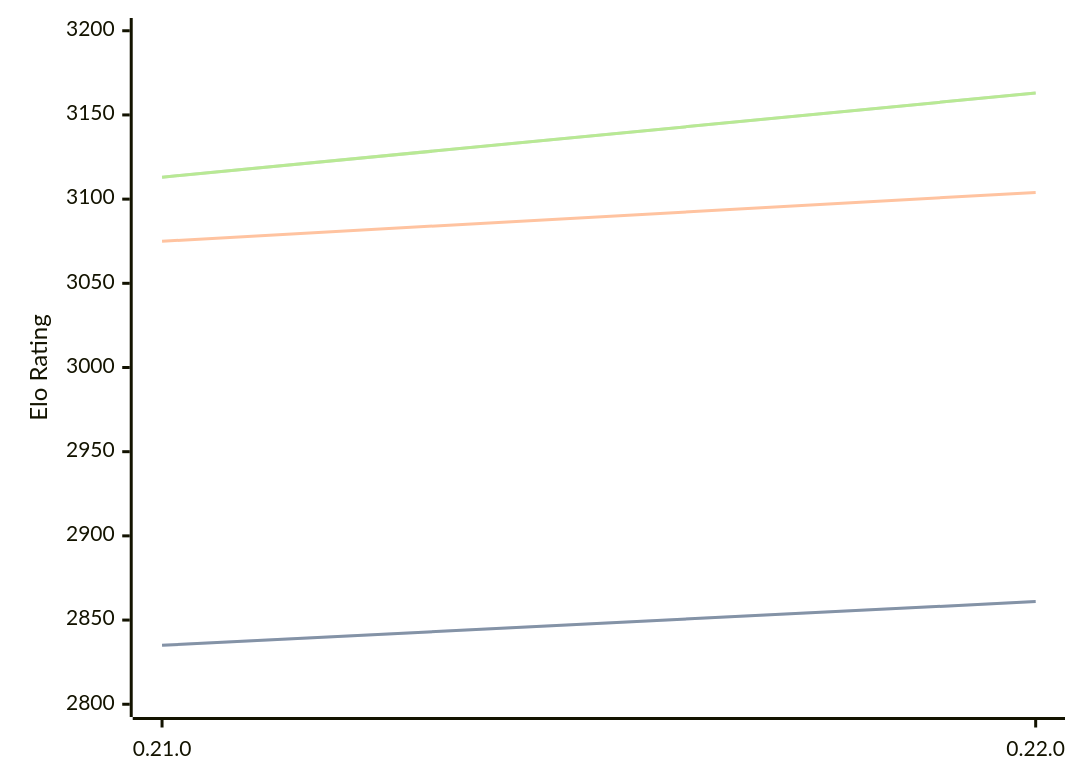
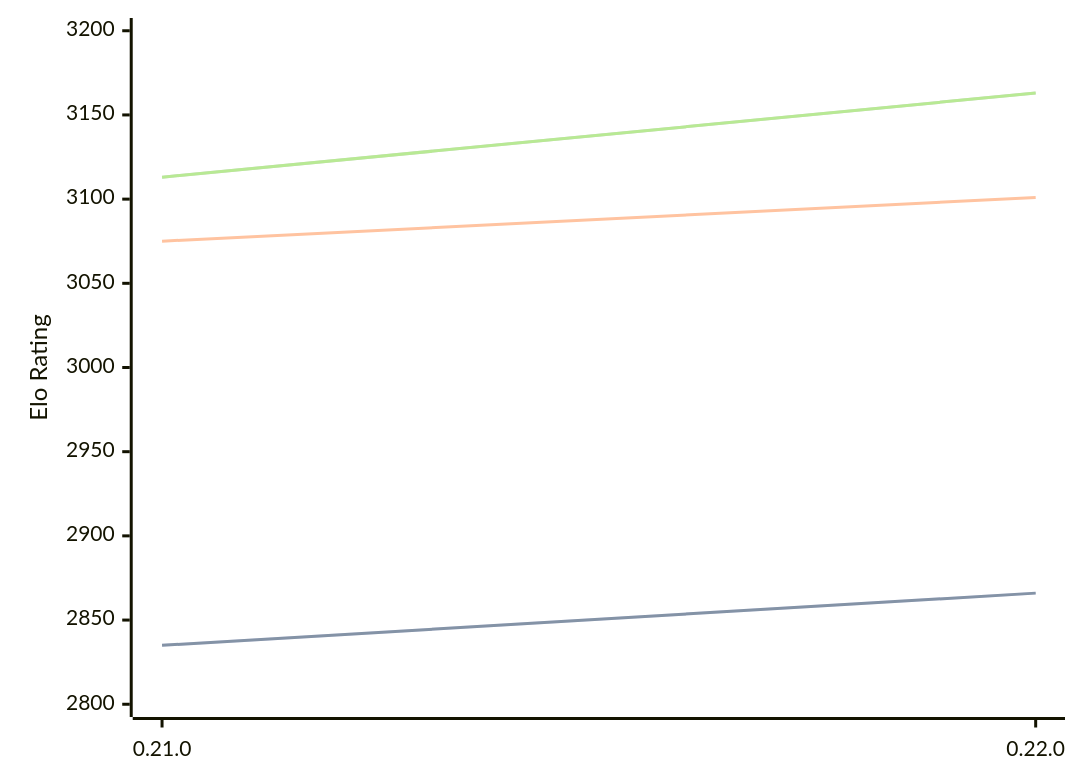
One commit to computer-chess-index/cci changed the diagram in engines/Princhess.md. Above: the diagram before and after it, drawn with Mermaid. The commit also changed other lines of this file, not shown here.

````diff
--- a/engines/Princhess.md
+++ b/engines/Princhess.md
@@ -32,11 +32,11 @@
 ```mermaid
 %%{init: {"theme":"base","themeVariables":{"seriesColors:['#a3a3a3','#222221','#faa371']}}}%%
 xychart-beta
   x-axis ["0.21.0", "0.22.0"]
   y-axis "Elo Rating" 2800 --> 3200
-  line "STC (8.0+0.08s)" [2835, 2861]
-  line "STC (8.0+0.08s)" [2835, 2861]
-  line "LTC (60.0+0.60s)" [3075, 3104]
+  line "STC (8.0+0.08s)" [2835, 2866]
+  line "STC (8.0+0.08s)" [2835, 2866]
+  line "LTC (60.0+0.60s)" [3075, 3101]
   line "VLTC (2m24s+1.12s)" [3113, 3163]
   line "VLTC (2m24s+1.12s)" [3113, 3163]
 ```
````
